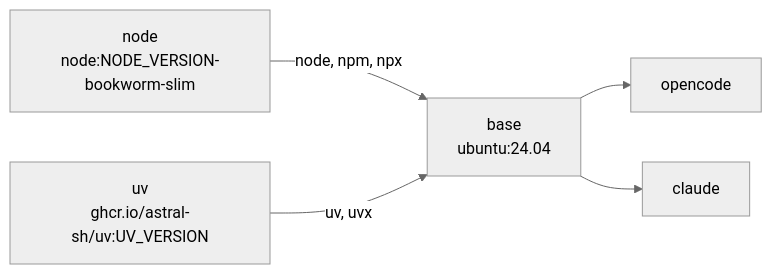
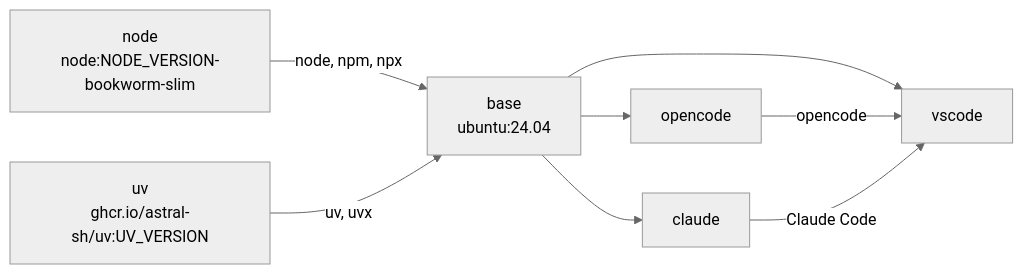
One commit to mborne/agent-sandbox changed the diagram in sandbox/README.md. Above: the diagram before and after it, drawn with Mermaid (neutral theme). The commit also changed other lines of this file and 15 other files, not shown here.

````diff
--- a/sandbox/README.md
+++ b/sandbox/README.md
@@ -7,7 +7,10 @@
 ```mermaid
 flowchart LR
     node["node<br/>node:NODE_VERSION-bookworm-slim"] -- "node, npm, npx" --> base
     uv["uv<br/>ghcr.io/astral-sh/uv:UV_VERSION"] -- "uv, uvx" --> base
     base["base<br/>ubuntu:24.04"] --> opencode
     base --> claude
+    base --> vscode
+    opencode -- "opencode" --> vscode
+    claude -- "Claude Code" --> vscode
 ```
````
